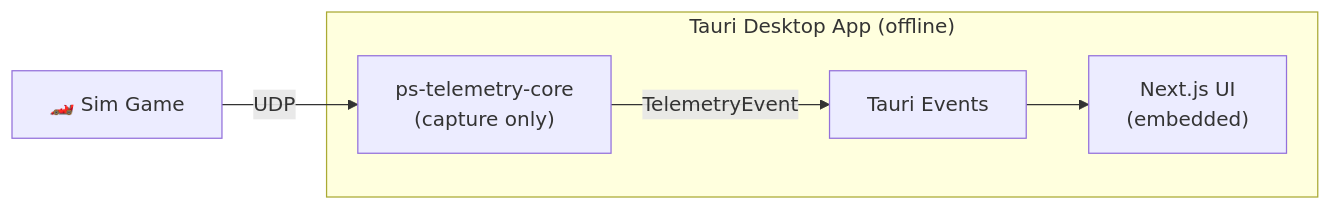
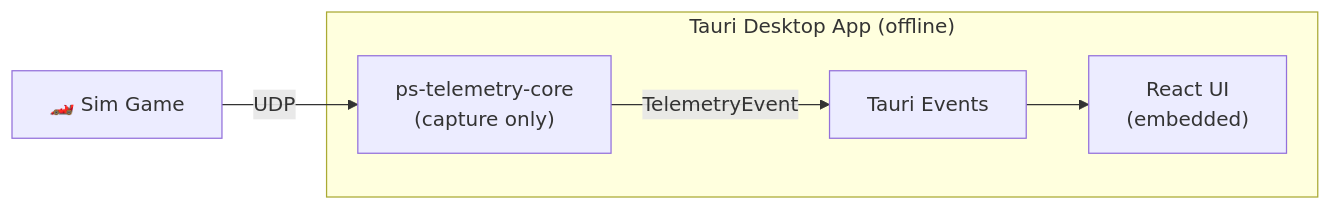
One commit to chrismarth/PurpleSector changed the third of 5 diagrams in docs/CLOUD_PIPELINE.md. Above: the diagram before and after it, drawn with Mermaid. The commit also changed other lines of this file and 10 other files, not shown here.

````diff
--- a/docs/CLOUD_PIPELINE.md
+++ b/docs/CLOUD_PIPELINE.md
@@ -86,12 +86,12 @@
 ```mermaid
 flowchart LR
     subgraph Tauri["Tauri Desktop App (offline)"]
         CAP2["ps-telemetry-core<br/>(capture only)"]
         EVT["Tauri Events"]
-        NEXTUI["Next.js UI<br/>(embedded)"]
+        REACTUI["React UI<br/>(embedded)"]
     end
 
     SIM2["🏎️ Sim Game"] -->|UDP| CAP2
     CAP2 -->|TelemetryEvent| EVT
-    EVT --> NEXTUI
+    EVT --> REACTUI
 ```
````
